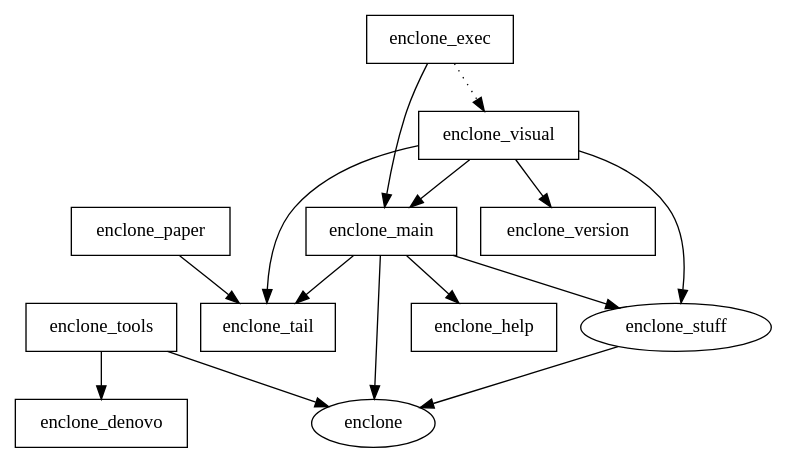
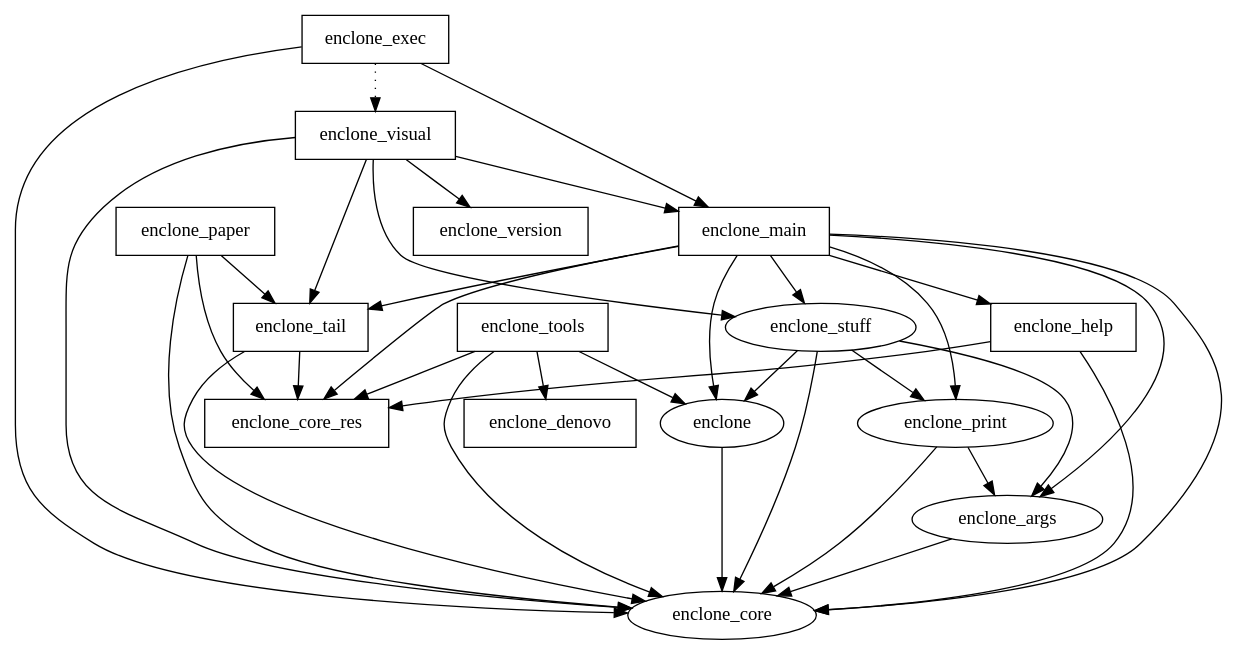
Before and after one commit to 10XGenomics/enclone: the diagram in crates.dot, drawn with Graphviz. The commit also changed 2 other files, not shown here.

```diff
--- a/crates.dot
+++ b/crates.dot
@@ -1,27 +1,52 @@
 digraph {
-    0 [ label = "enclone_denovo" shape = box]
-    1 [ label = "enclone_exec" shape = box]
-    2 [ label = "enclone_main" shape = box]
-    3 [ label = "enclone_help" shape = box]
-    4 [ label = "enclone_tail" shape = box]
-    5 [ label = "enclone_visual" shape = box]
-    6 [ label = "enclone_version" shape = box]
-    7 [ label = "enclone_tools" shape = box]
-    8 [ label = "enclone_paper" shape = box]
-    41 [ label = "enclone" ]
-    45 [ label = "enclone_stuff" ]
-    1 -> 2 [ ]
-    1 -> 5 [ style = dotted]
-    2 -> 41 [ ]
+    0 [ label = "enclone_core_res" shape = box]
+    1 [ label = "enclone_denovo" shape = box]
+    2 [ label = "enclone_exec" shape = box]
+    3 [ label = "enclone_main" shape = box]
+    4 [ label = "enclone_help" shape = box]
+    5 [ label = "enclone_tail" shape = box]
+    6 [ label = "enclone_visual" shape = box]
+    7 [ label = "enclone_version" shape = box]
+    8 [ label = "enclone_tools" shape = box]
+    9 [ label = "enclone_paper" shape = box]
+    36 [ label = "enclone_core" ]
+    42 [ label = "enclone" ]
+    43 [ label = "enclone_args" ]
+    44 [ label = "enclone_print" ]
+    46 [ label = "enclone_stuff" ]
+    2 -> 36 [ ]
     2 -> 3 [ ]
-    2 -> 45 [ ]
-    2 -> 4 [ ]
-    5 -> 2 [ ]
-    5 -> 45 [ ]
-    5 -> 4 [ ]
-    5 -> 6 [ ]
-    7 -> 41 [ ]
-    7 -> 0 [ ]
-    8 -> 4 [ ]
-    45 -> 41 [ ]
+    2 -> 6 [ style = dotted]
+    3 -> 42 [ ]
+    3 -> 43 [ ]
+    3 -> 36 [ ]
+    3 -> 0 [ ]
+    3 -> 4 [ ]
+    3 -> 44 [ ]
+    3 -> 46 [ ]
+    3 -> 5 [ ]
+    4 -> 36 [ ]
+    4 -> 0 [ ]
+    5 -> 36 [ ]
+    5 -> 0 [ ]
+    6 -> 36 [ ]
+    6 -> 3 [ ]
+    6 -> 46 [ ]
+    6 -> 5 [ ]
+    6 -> 7 [ ]
+    8 -> 42 [ ]
+    8 -> 36 [ ]
+    8 -> 0 [ ]
+    8 -> 1 [ ]
+    9 -> 36 [ ]
+    9 -> 0 [ ]
+    9 -> 5 [ ]
+    42 -> 36 [ ]
+    43 -> 36 [ ]
+    44 -> 43 [ ]
+    44 -> 36 [ ]
+    46 -> 42 [ ]
+    46 -> 43 [ ]
+    46 -> 36 [ ]
+    46 -> 44 [ ]
 }
```
